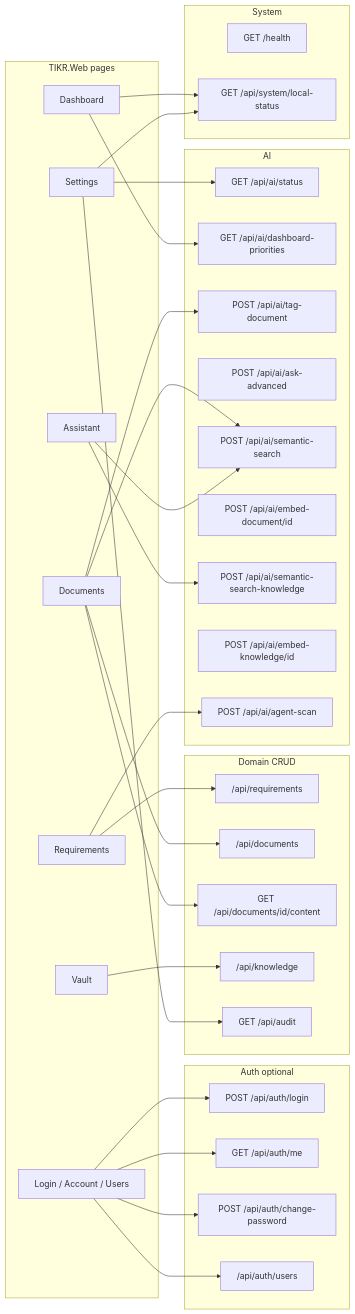
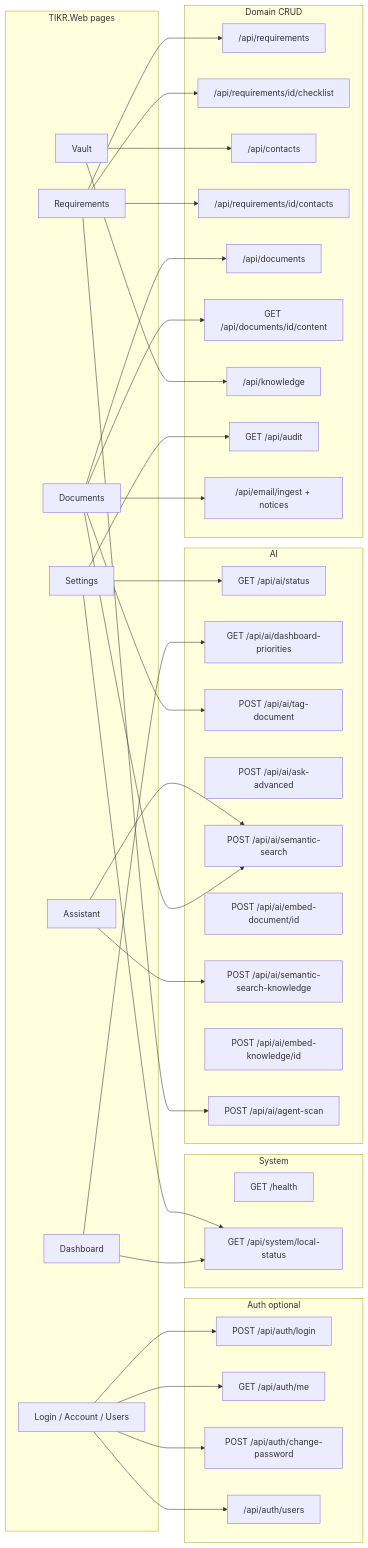
The fourth of 10 diagrams in docs/architecture.md (Bigessfour/TIKR-Town-Institutional-Knowledge-Tracker), drawn with Mermaid before and after one commit. The commit also changed other lines of this file and 49 other files, not shown here.

````diff
--- a/docs/architecture.md
+++ b/docs/architecture.md
@@ -127,63 +128,71 @@
 ```mermaid
 flowchart LR
     subgraph web_ui["TIKR.Web pages"]
         W_Dash["Dashboard"]
         W_Req["Requirements"]
         W_Doc["Documents"]
         W_Vault["Vault"]
         W_Asst["Assistant"]
         W_Set["Settings"]
         W_Auth["Login / Account / Users"]
     end
 
     subgraph api_sys["System"]
         A_Health["GET /health"]
         A_Status["GET /api/system/local-status"]
     end
 
     subgraph api_crud["Domain CRUD"]
         A_Req["/api/requirements"]
+        A_Check["/api/requirements/id/checklist"]
+        A_Contacts["/api/contacts"]
+        A_ReqContacts["/api/requirements/id/contacts"]
         A_Doc["/api/documents"]
         A_DlContent["GET /api/documents/id/content"]
         A_Know["/api/knowledge"]
         A_Audit["GET /api/audit"]
+        A_Email["/api/email/ingest + notices"]
     end
 
     subgraph api_ai["AI"]
         A_AIStat["GET /api/ai/status"]
         A_Prior["GET /api/ai/dashboard-priorities"]
         A_Tag["POST /api/ai/tag-document"]
         A_Adv["POST /api/ai/ask-advanced"]
         A_SSem["POST /api/ai/semantic-search"]
         A_KEmb["POST /api/ai/embed-document/id"]
         A_KSem["POST /api/ai/semantic-search-knowledge"]
         A_VEmb["POST /api/ai/embed-knowledge/id"]
         A_Agent["POST /api/ai/agent-scan"]
     end
 
     subgraph api_auth["Auth optional"]
         A_Login["POST /api/auth/login"]
         A_Me["GET /api/auth/me"]
         A_Pwd["POST /api/auth/change-password"]
         A_Users["/api/auth/users"]
     end
 
     W_Dash --> A_Prior
     W_Dash --> A_Status
     W_Req --> A_Req
+    W_Req --> A_Check
+    W_Req --> A_ReqContacts
     W_Req --> A_Agent
     W_Doc --> A_Doc
     W_Doc --> A_Tag
     W_Doc --> A_SSem
     W_Doc --> A_DlContent
+    W_Doc --> A_Email
     W_Vault --> A_Know
+    W_Vault --> A_Contacts
     W_Asst --> A_SSem
     W_Asst --> A_KSem
     W_Set --> A_Audit
     W_Set --> A_AIStat
     W_Set --> A_Status
     W_Auth --> A_Login
     W_Auth --> A_Me
     W_Auth --> A_Pwd
     W_Auth --> A_Users
 ```
````
